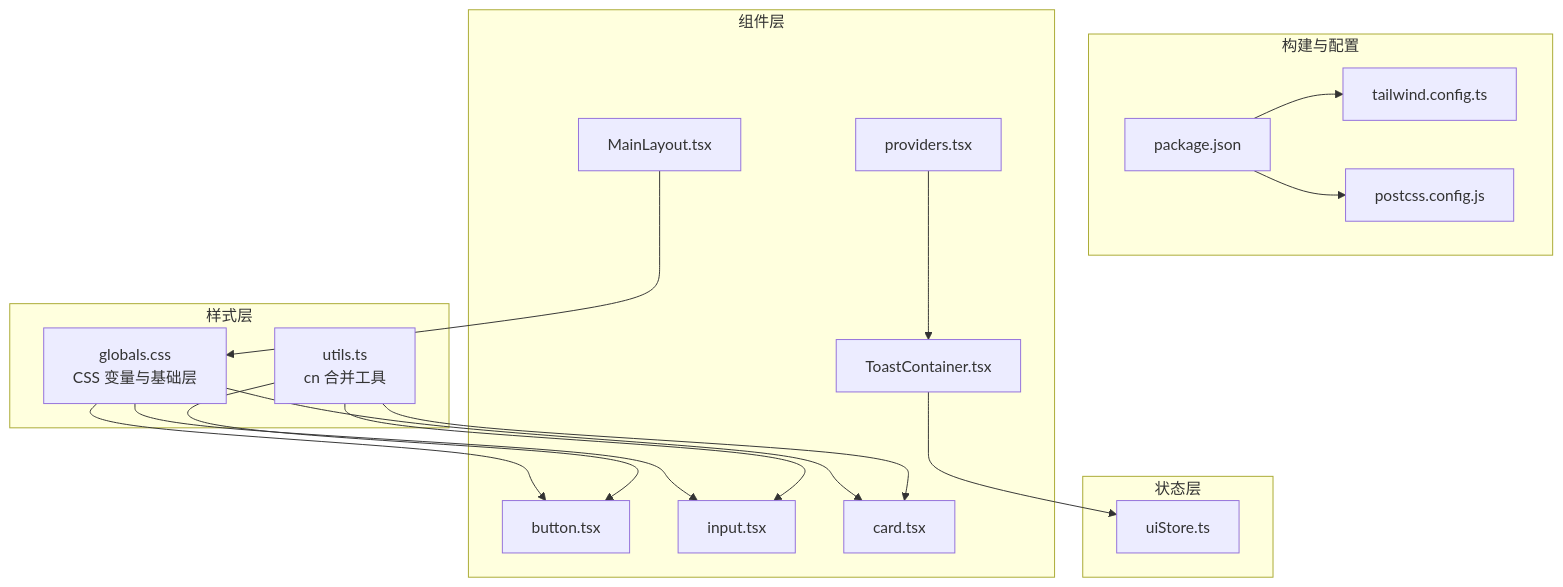
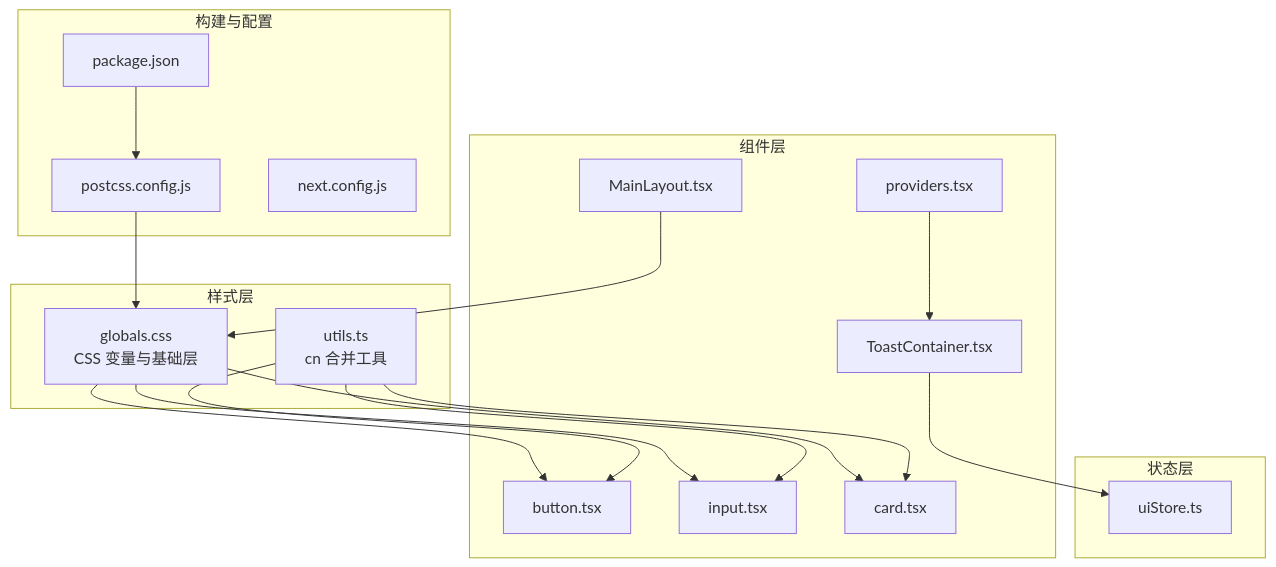
Before and after one commit to gujialind/InvestRing: the first of 3 diagrams in .qoder/repowiki/zh/content/前端应用架构/样式与主题系统.md, drawn with Mermaid. The commit also changed other lines of this file and 39 other files, not shown here.

````diff
--- a/.qoder/repowiki/zh/content/前端应用架构/样式与主题系统.md
+++ b/.qoder/repowiki/zh/content/前端应用架构/样式与主题系统.md
@@ -51,34 +60,34 @@
 ```mermaid
 graph TB
 subgraph "构建与配置"
-TW["tailwind.config.ts"]
 PC["postcss.config.js"]
 PKG["package.json"]
+NEXT["next.config.js"]
 end
 subgraph "样式层"
 GCSS["globals.css<br/>CSS 变量与基础层"]
 UTILS["utils.ts<br/>cn 合并工具"]
 end
 subgraph "组件层"
 BTN["button.tsx"]
 INP["input.tsx"]
 CARD["card.tsx"]
 LAYOUT["MainLayout.tsx"]
 PROVIDERS["providers.tsx"]
 TOAST["ToastContainer.tsx"]
 end
 subgraph "状态层"
 UISTORE["uiStore.ts"]
 end
-PKG --> TW
 PKG --> PC
+PC --> GCSS
 GCSS --> BTN
 GCSS --> INP
 GCSS --> CARD
 UTILS --> BTN
 UTILS --> INP
 UTILS --> CARD
 LAYOUT --> GCSS
 PROVIDERS --> TOAST
 TOAST --> UISTORE
 ```
````
